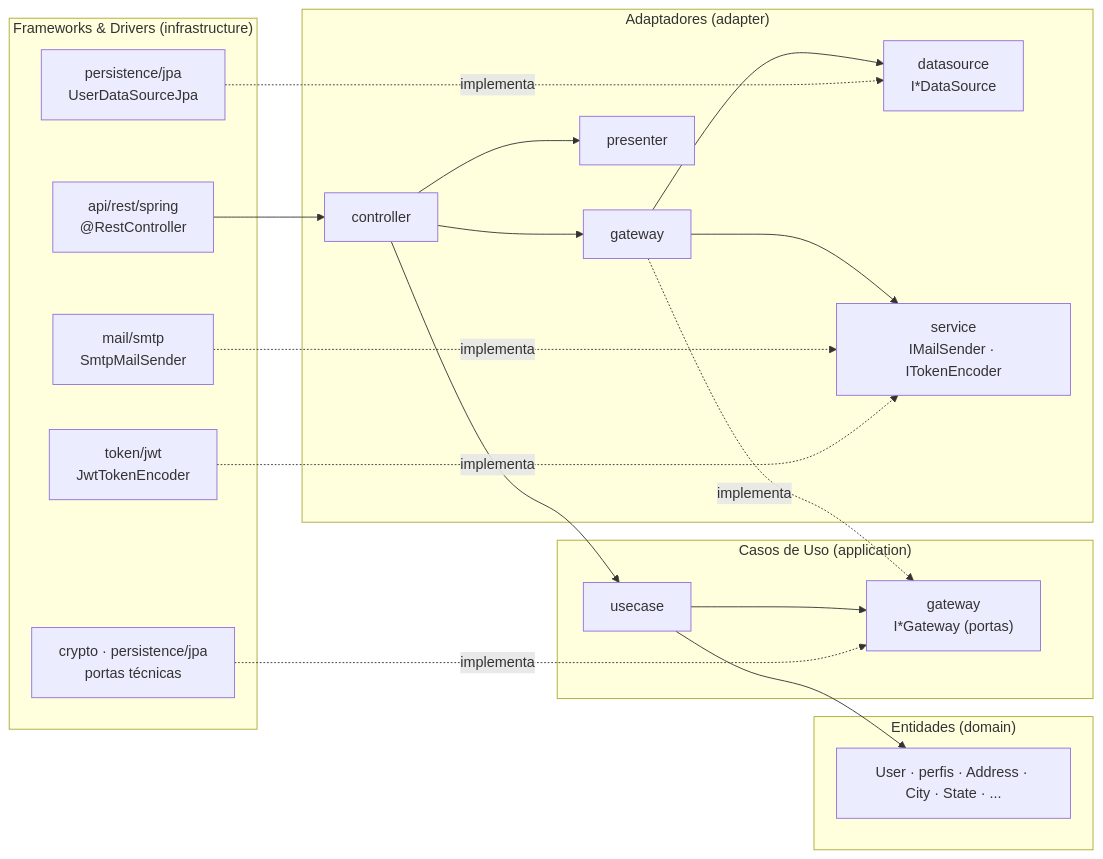
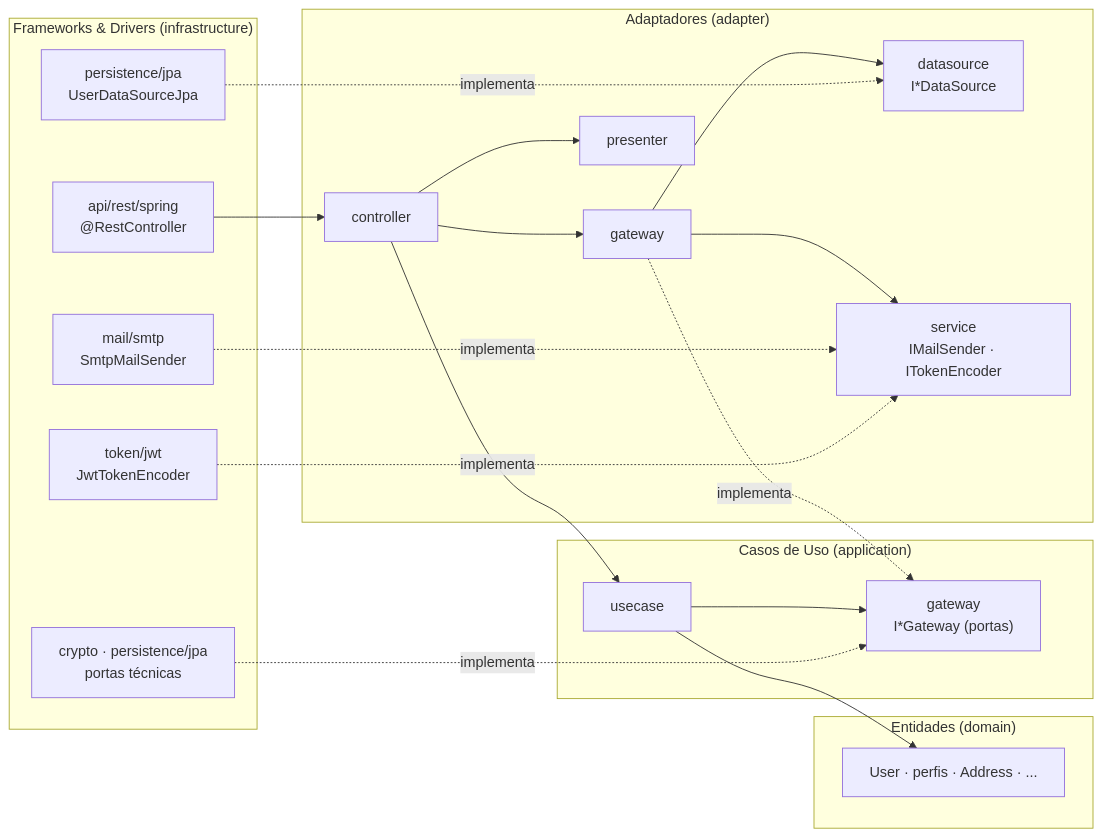
The diagram in docs/arquitetura/00-visao-geral.md (felipe11dias/postech-fase2-restaurantes-app), drawn with Mermaid before and after one commit. The commit also changed other lines of this file and 122 other files, not shown here.

````diff
--- a/docs/arquitetura/00-visao-geral.md
+++ b/docs/arquitetura/00-visao-geral.md
@@ -75,37 +75,37 @@
 ```mermaid
 flowchart LR
     subgraph infra["Frameworks & Drivers (infrastructure)"]
         REST["api/rest/spring<br/>@RestController"]
         JPA["persistence/jpa<br/>UserDataSourceJpa"]
         SMTP["mail/smtp<br/>SmtpMailSender"]
         JWT["token/jwt<br/>JwtTokenEncoder"]
         TECH["crypto · persistence/jpa<br/>portas técnicas"]
     end
     subgraph adapter["Adaptadores (adapter)"]
         C["controller"]
         G["gateway"]
         DS["datasource<br/>I*DataSource"]
         SV["service<br/>IMailSender · ITokenEncoder"]
         P["presenter"]
     end
     subgraph app["Casos de Uso (application)"]
         UC["usecase"]
         PORT["gateway<br/>I*Gateway (portas)"]
     end
     subgraph dom["Entidades (domain)"]
-        E["User · perfis · Address · City · State · ..."]
+        E["User · perfis · Address · ..."]
     end
     REST --> C
     C --> G
     C --> UC
     C --> P
     UC --> PORT
     UC --> E
     G -. implementa .-> PORT
     G --> DS
     G --> SV
     JPA -. implementa .-> DS
     SMTP -. implementa .-> SV
     JWT -. implementa .-> SV
     TECH -. implementa .-> PORT
 ```
````
